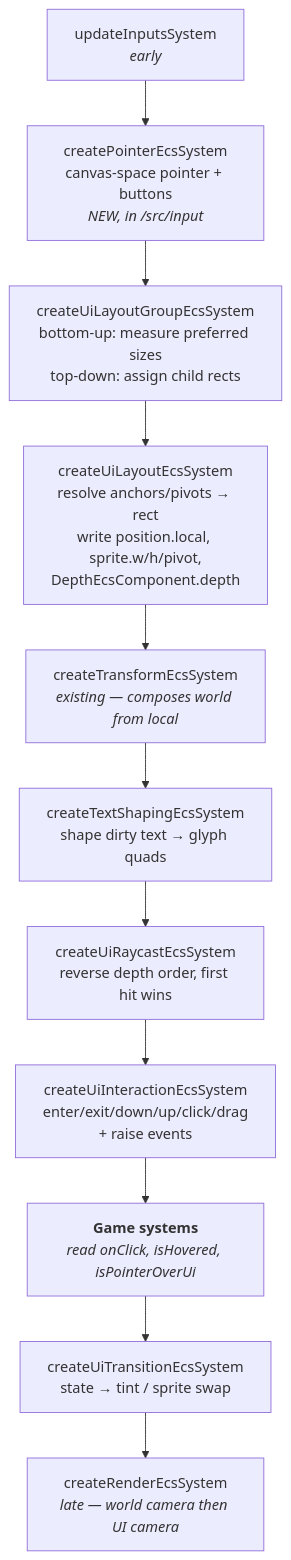
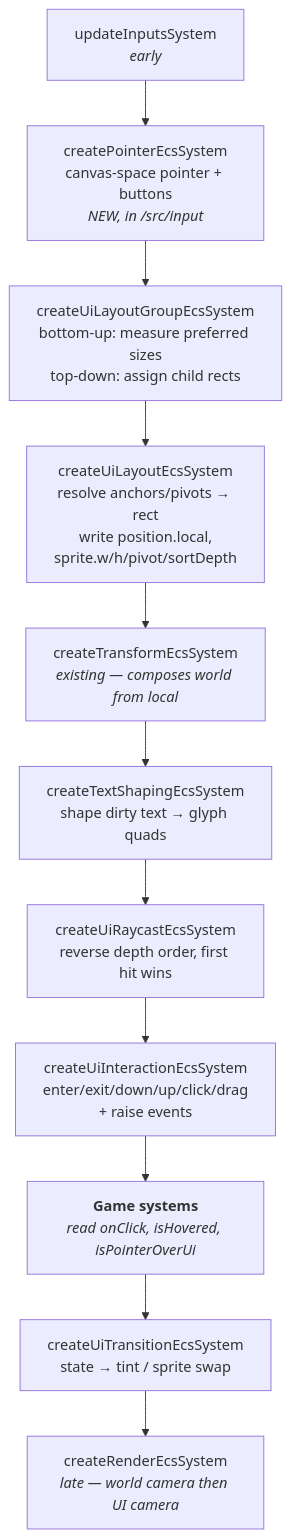
The third of 6 diagrams in design/ui-system.md (Forge-Game-Engine/Forge), drawn with Mermaid before and after one commit. The commit also changed other lines of this file and 1 other file, not shown here.

First line of the commit message:
docs(ui): switch draw order to sprite.sortDepth, fix the gap table, scope out clipping

````diff
--- a/design/ui-system.md
+++ b/design/ui-system.md
@@ -314,16 +316,16 @@
 ```mermaid
 flowchart TD
     IN["updateInputsSystem<br/><i>early</i>"]
     PTR["createPointerEcsSystem<br/>canvas-space pointer + buttons<br/><i>NEW, in /src/input</i>"]
     LG["createUiLayoutGroupEcsSystem<br/>bottom-up: measure preferred sizes<br/>top-down: assign child rects"]
-    UL["createUiLayoutEcsSystem<br/>resolve anchors/pivots → rect<br/>write position.local, sprite.w/h/pivot,<br/>DepthEcsComponent.depth"]
+    UL["createUiLayoutEcsSystem<br/>resolve anchors/pivots → rect<br/>write position.local,<br/>sprite.w/h/pivot/sortDepth"]
     TS["createTransformEcsSystem<br/><i>existing — composes world from local</i>"]
     TX["createTextShapingEcsSystem<br/>shape dirty text → glyph quads"]
     RC["createUiRaycastEcsSystem<br/>reverse depth order, first hit wins"]
     UI2["createUiInteractionEcsSystem<br/>enter/exit/down/up/click/drag<br/>+ raise events"]
     W["<b>Game systems</b><br/><i>read onClick, isHovered, isPointerOverUi</i>"]
     TR["createUiTransitionEcsSystem<br/>state → tint / sprite swap"]
     RS["createRenderEcsSystem<br/><i>late — world camera then UI camera</i>"]
 
     IN --> PTR --> LG --> UL --> TS --> TX --> RC --> UI2 --> W --> TR --> RS
 ```
````
